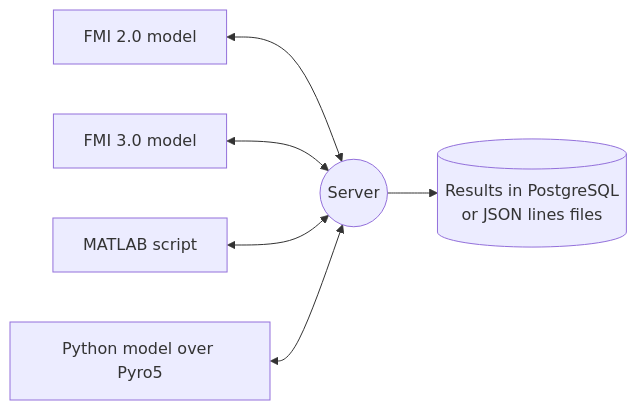
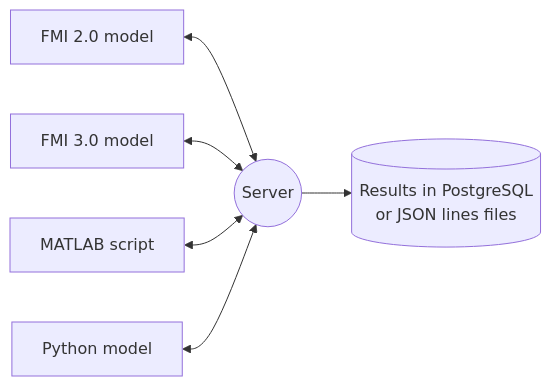
The diagram in README.md (KIT-IAI-ESA/eCoSim), drawn with Mermaid before and after one commit. The commit also changed other lines of this file and 46 other files, not shown here.

````diff
--- a/README.md
+++ b/README.md
@@ -20,8 +20,8 @@
 ```mermaid
 flowchart LR
     fmu2["FMI 2.0 model"] <--> server
     fmu3["FMI 3.0 model"] <--> server
     matlab["MATLAB script"] <--> server
-    pyro5["Python model over Pyro5"] <--> server
+    python["Python model"] <--> server
     server(("Server")) --> results[("Results in PostgreSQL<br/>or JSON lines files")]
 ```
````
